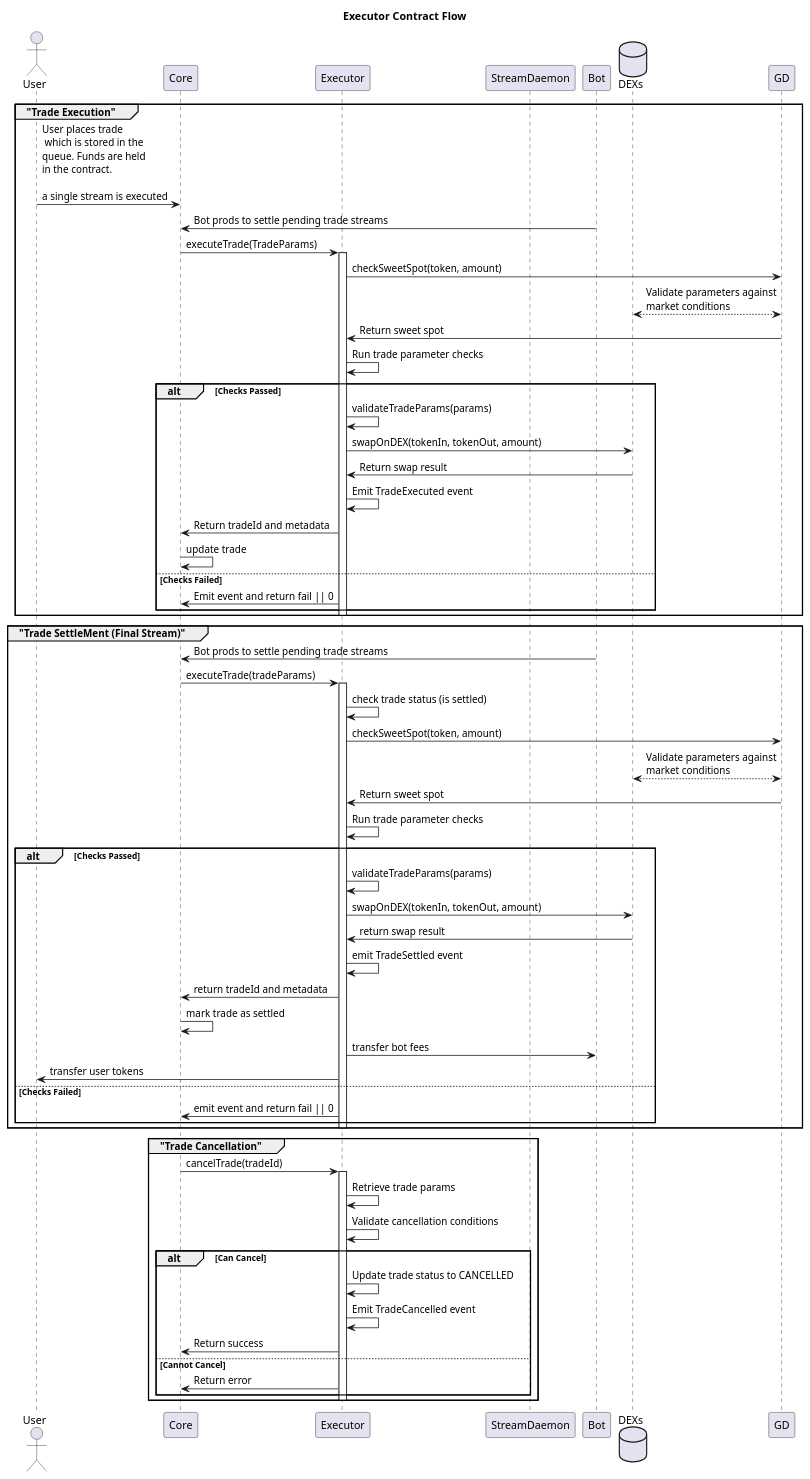
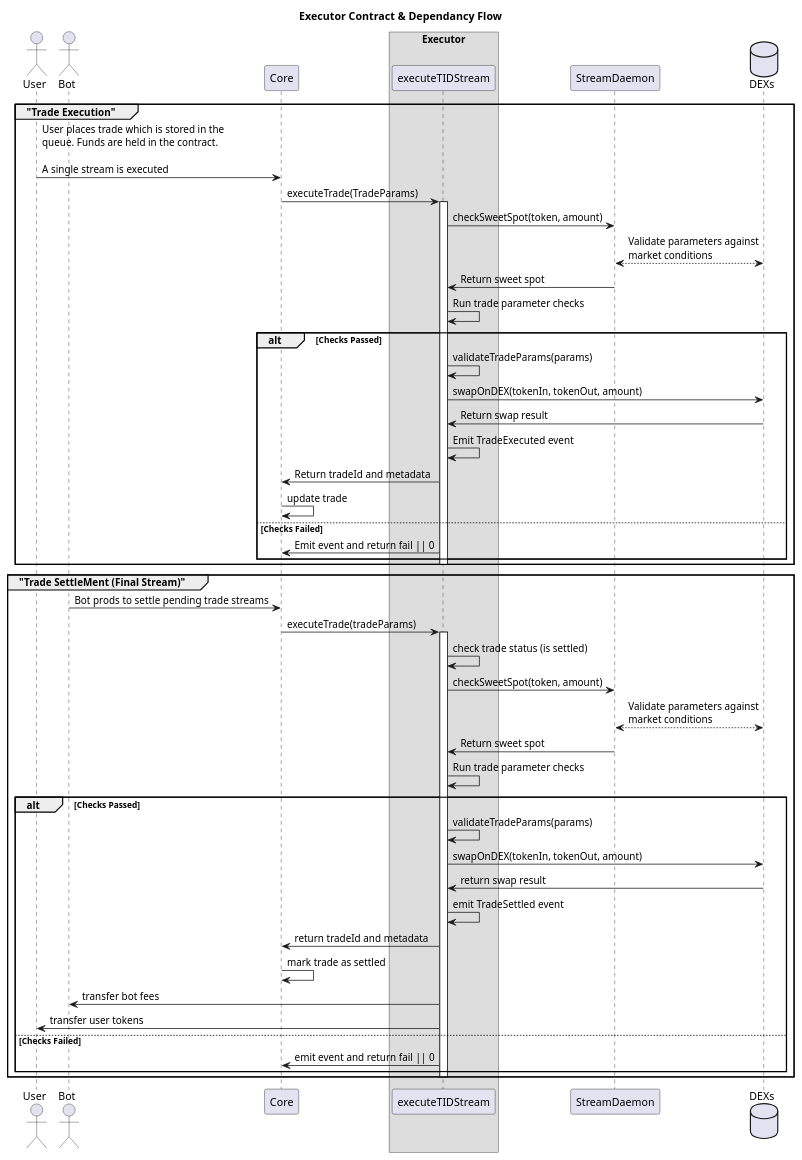
One commit to 1SLiquidity/core changed the diagram in diagrams/contracts/Executor.sol.puml. Above: the diagram before and after it, drawn with PlantUML.

Commit message:
feat(arch): creating the Executor flow specification
summary: by using the diagrams in /diagrams/flows to see where the Executor contract is called a specification is defined here which features specific functional requirements for the Executor contracts including its interdependancies. This should be used to draft the specification in /documentation

```diff
--- a/diagrams/contracts/Executor.sol.puml
+++ b/diagrams/contracts/Executor.sol.puml
@@ -1,75 +1,60 @@
 @startuml Executor
-title Executor Contract Flow
+title Executor Contract & Dependancy Flow
 
 actor User as U
+actor "Bot" as B
 participant "Core" as C
-participant "Executor" as E
+box Executor
+participant "executeTIDStream" as ETS 
+end box
 participant "StreamDaemon" as SD
-participant "Bot" as B
 database "DEXs" as DEX
 
 group "Trade Execution"
-U -> C: User places trade\n which is stored in the \nqueue. Funds are held\nin the contract.\n\na single stream is executed
-B -> C: Bot prods to settle pending trade streams
-  C -> E: executeTrade(TradeParams)
-  activate E
-  E -> GD: checkSweetSpot(token, amount)
-  GD <--> DEX: Validate parameters against\nmarket conditions
-  GD -> E: Return sweet spot
-  E -> E: Run trade parameter checks
+U -> C: User places trade which is stored in the \nqueue. Funds are held in the contract.\n\nA single stream is executed
+  C -> ETS: executeTrade(TradeParams)
+  activate ETS
+  ETS -> SD: checkSweetSpot(token, amount)
+  SD <--> DEX: Validate parameters against\nmarket conditions
+  SD -> ETS: Return sweet spot
+  ETS -> ETS: Run trade parameter checks
   
   alt Checks Passed
-    E -> E: validateTradeParams(params)
-    E -> DEX: swapOnDEX(tokenIn, tokenOut, amount)
-    DEX -> E: Return swap result
-    E -> E: Emit TradeExecuted event
-    E -> C: Return tradeId and metadata
+    ETS -> ETS: validateTradeParams(params)
+    ETS -> DEX: swapOnDEX(tokenIn, tokenOut, amount)
+    DEX -> ETS: Return swap result
+    ETS -> ETS: Emit TradeExecuted event
+    ETS -> C: Return tradeId and metadata
     C -> C: update trade
   else Checks Failed
-    E -> C: Emit event and return fail || 0
+    ETS -> C: Emit event and return fail || 0
   end
-  deactivate E
+  deactivate ETS
 end
 
 group "Trade SettleMent (Final Stream)"
   B -> C: Bot prods to settle pending trade streams
-  C -> E: executeTrade(tradeParams)
-  activate E
-  E -> E: check trade status (is settled)
-  E -> GD: checkSweetSpot(token, amount)
-  GD <--> DEX: Validate parameters against\nmarket conditions
-  GD -> E: Return sweet spot
-  E -> E: Run trade parameter checks
+  C -> ETS: executeTrade(tradeParams)
+  activate ETS
+  ETS -> ETS: check trade status (is settled)
+  ETS -> SD: checkSweetSpot(token, amount)
+  SD <--> DEX: Validate parameters against\nmarket conditions
+  SD -> ETS: Return sweet spot
+  ETS -> ETS: Run trade parameter checks
   
   alt Checks Passed
-    E -> E: validateTradeParams(params)
-    E -> DEX: swapOnDEX(tokenIn, tokenOut, amount)
-    DEX -> E: return swap result
-    E -> E: emit TradeSettled event
-    E -> C: return tradeId and metadata
+    ETS -> ETS: validateTradeParams(params)
+    ETS -> DEX: swapOnDEX(tokenIn, tokenOut, amount)
+    DEX -> ETS: return swap result
+    ETS -> ETS: emit TradeSettled event
+    ETS -> C: return tradeId and metadata
     C -> C: mark trade as settled
-    E -> B: transfer bot fees
-    E -> U: transfer user tokens
+    ETS -> B: transfer bot fees
+    ETS -> U: transfer user tokens
   else Checks Failed
-    E -> C: emit event and return fail || 0
+    ETS -> C: emit event and return fail || 0
   end
-  deactivate E
-end
-
-group "Trade Cancellation"
-  C -> E: cancelTrade(tradeId)
-  activate E
-  E -> E: Retrieve trade params
-  E -> E: Validate cancellation conditions
-  
-  alt Can Cancel
-    E -> E: Update trade status to CANCELLED
-    E -> E: Emit TradeCancelled event
-    E -> C: Return success
-  else Cannot Cancel
-    E -> C: Return error
-  end
-  deactivate E
+  deactivate ETS
 end
 
 @enduml
```
